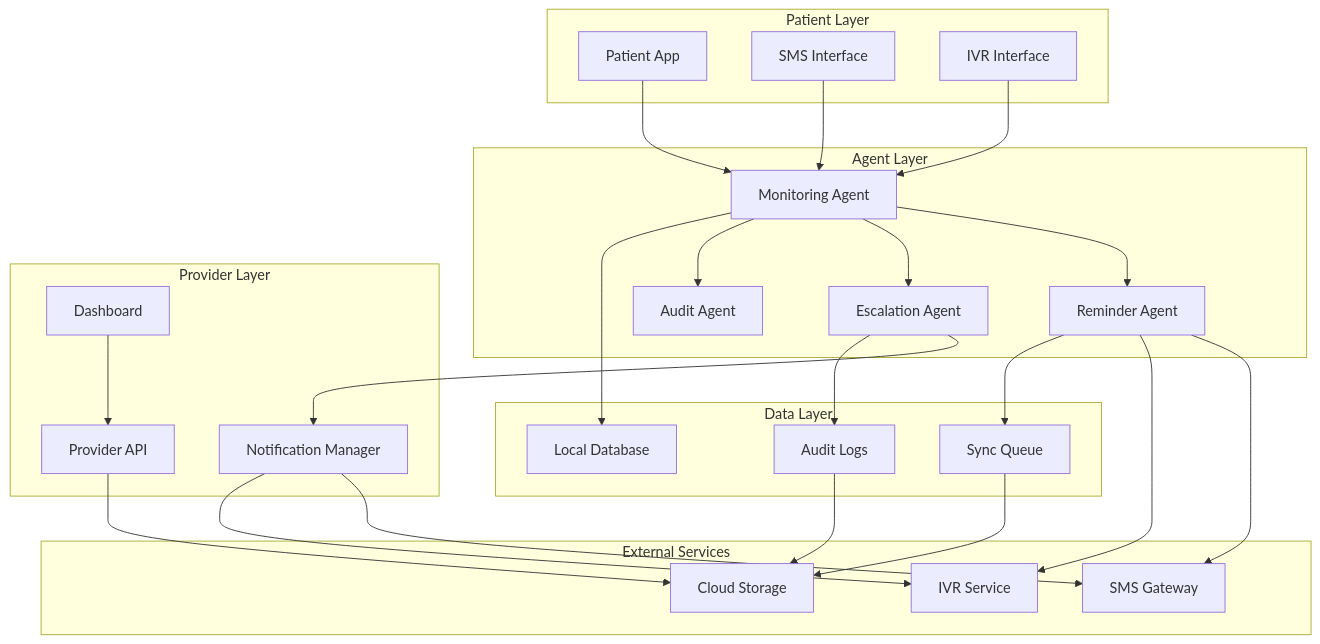
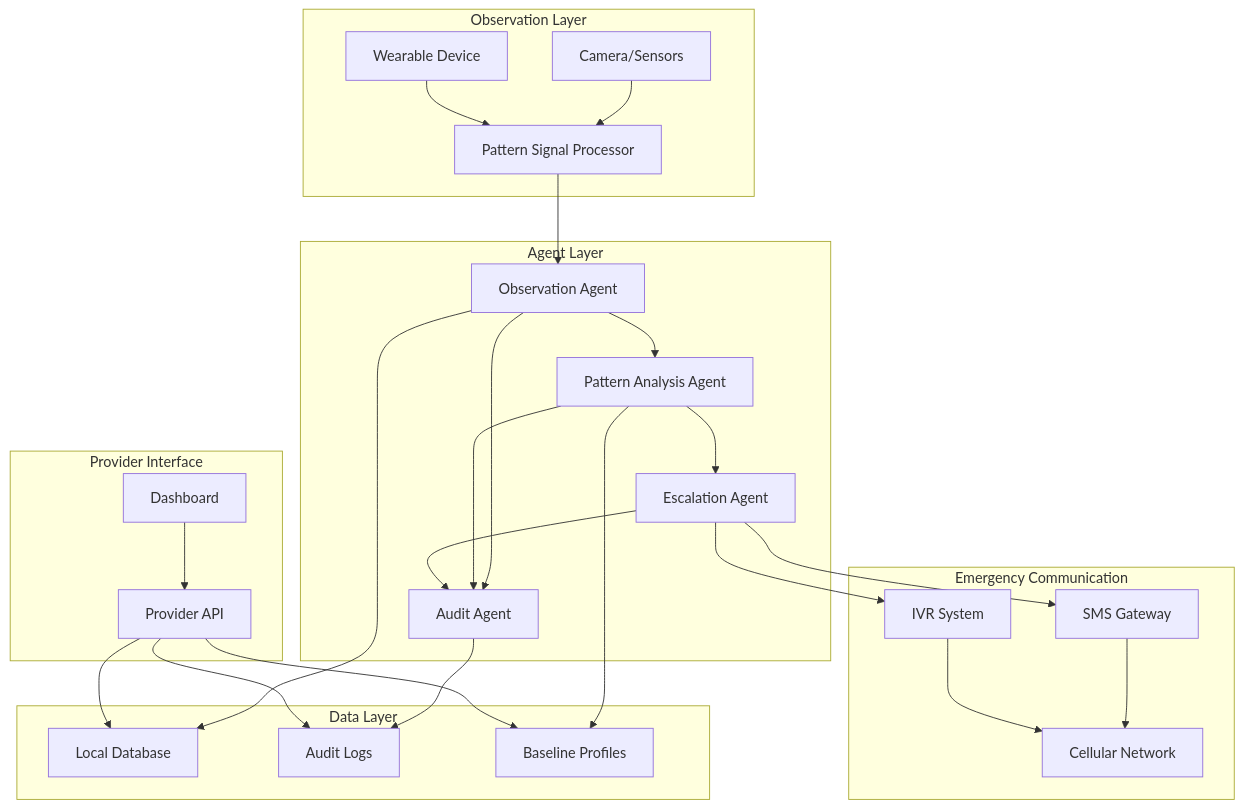
Before and after one commit to Aryaajaiswal/chaps: the diagram in design.md, drawn with Mermaid. The commit also changed other lines of this file and 2 other files, not shown here.

````diff
--- a/design.md
+++ b/design.md
@@ -13,57 +20,58 @@
 ```mermaid
 graph TB
-    subgraph "Patient Layer"
-        PA[Patient App]
-        SMS[SMS Interface]
-        IVR[IVR Interface]
+    subgraph "Observation Layer"
+        CAM[Camera/Sensors]
+        WEAR[Wearable Device]
+        PS[Pattern Signal Processor]
     end
     
     subgraph "Agent Layer"
-        MA[Monitoring Agent]
-        RA[Reminder Agent]
+        OA[Observation Agent]
+        PAA[Pattern Analysis Agent]
         EA[Escalation Agent]
         AA[Audit Agent]
     end
     
+    subgraph "Emergency Communication"
+        SMS[SMS Gateway]
+        IVR[IVR System]
+        CELL[Cellular Network]
+    end
+    
     subgraph "Data Layer"
         LD[Local Database]
-        SQ[Sync Queue]
         AL[Audit Logs]
+        BP[Baseline Profiles]
     end
     
-    subgraph "Provider Layer"
-        DB[Dashboard]
+    subgraph "Provider Interface"
+        DASH[Dashboard]
         API[Provider API]
-        NM[Notification Manager]
     end
     
-    subgraph "External Services"
-        SG[SMS Gateway]
-        IS[IVR Service]
-        CS[Cloud Storage]
-    end
+    CAM --> PS
+    WEAR --> PS
+    PS --> OA
     
-    PA --> MA
-    SMS --> MA
-    IVR --> MA
+    OA --> PAA
+    OA --> LD
+    OA --> AA
     
-    MA --> RA
-    MA --> EA
-    MA --> AA
+    PAA --> EA
+    PAA --> BP
+    PAA --> AA
     
-    RA --> SG
-    RA --> IS
-    EA --> NM
+    EA --> SMS
+    EA --> IVR
+    EA --> AA
     
-    MA --> LD
-    RA --> SQ
-    EA --> AL
+    SMS --> CELL
+    IVR --> CELL
     
-    DB --> API
-    API --> CS
-    NM --> SG
-    NM --> IS
+    AA --> AL
     
-    SQ --> CS
-    AL --> CS
+    DASH --> API
+    API --> LD
+    API --> AL
+    API --> BP
 ```
````
